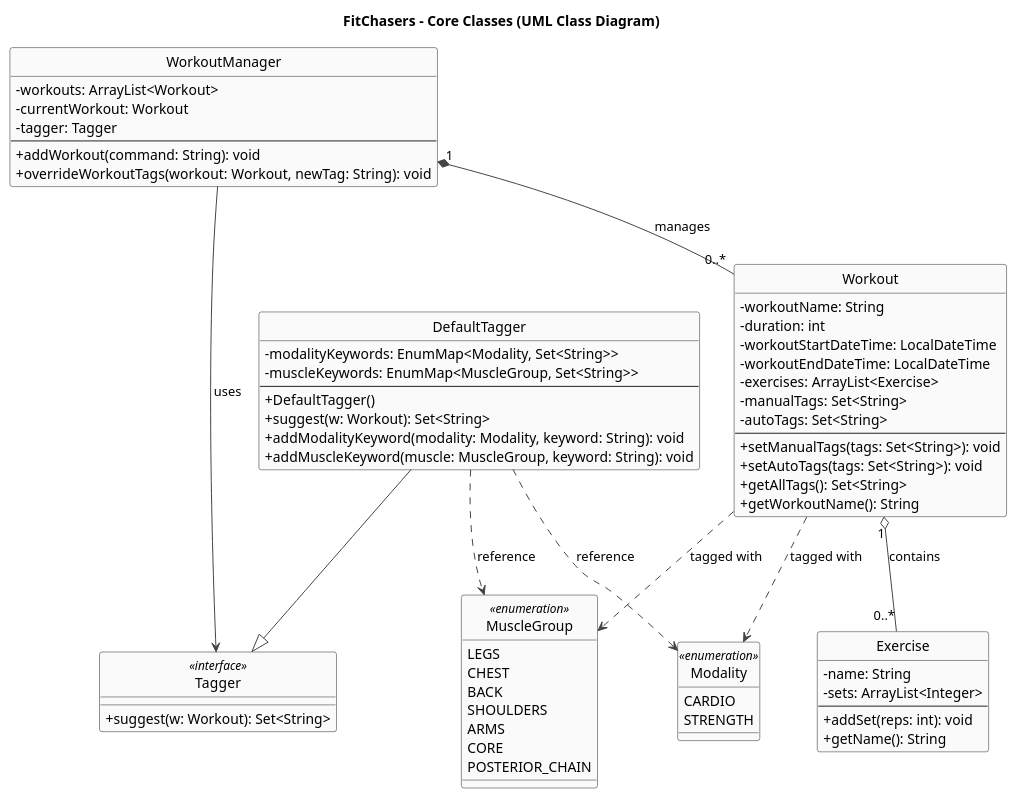
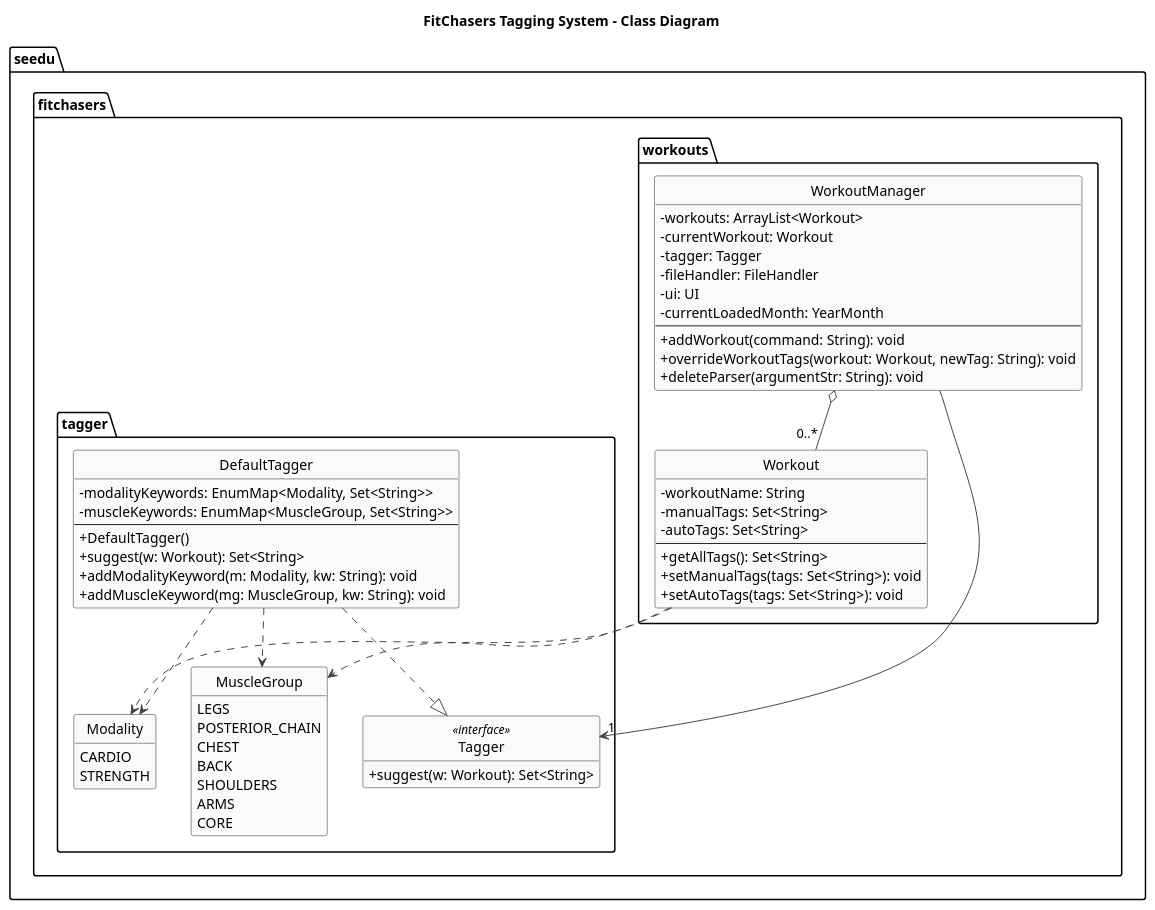
The diagram in docs/diagrams/Class_Diagram_for_tagging.puml (Exceptional-Khoi/tp), drawn with PlantUML before and after one commit. The commit also changed other lines of this file and 13 other files, not shown here.

Commit message:
Edit DG class diagrams

```diff
--- a/docs/diagrams/Class_Diagram_for_tagging.puml
+++ b/docs/diagrams/Class_Diagram_for_tagging.puml
@@ -1,86 +2,86 @@
 @startuml
-title FitChasers – Core Classes (UML Class Diagram)
+title FitChasers Tagging System - Class Diagram
 
 skinparam shadowing false
 skinparam classAttributeIconSize 0
 skinparam ArrowColor #444
 skinparam ClassBorderColor #222
 skinparam ClassBackgroundColor #FAFAFA
-skinparam NoteBackgroundColor #fff
-skinparam NoteBorderColor #aaa
 
+hide empty members
 hide circle
 
-' ===== Classes & Interfaces =====
-class WorkoutManager {
-  -workouts: ArrayList<Workout>
-  -currentWorkout: Workout
-  -tagger: Tagger
-  --
-  +addWorkout(command: String): void
-  +overrideWorkoutTags(workout: Workout, newTag: String): void
+' ==========================
+' PACKAGES
+' ==========================
+
+package "seedu.fitchasers.workouts" {
+  class WorkoutManager {
+    -workouts: ArrayList<Workout>
+    -currentWorkout: Workout
+    -tagger: Tagger
+    -fileHandler: FileHandler
+    -ui: UI
+    -currentLoadedMonth: YearMonth
+    --
+    +addWorkout(command: String): void
+    +overrideWorkoutTags(workout: Workout, newTag: String): void
+    +deleteParser(argumentStr: String): void
+  }
+
+  class Workout {
+    -workoutName: String
+    -manualTags: Set<String>
+    -autoTags: Set<String>
+    --
+    +getAllTags(): Set<String>
+    +setManualTags(tags: Set<String>): void
+    +setAutoTags(tags: Set<String>): void
+  }
+
+package "seedu.fitchasers.tagger" {
+  class Tagger <<interface>> {
+    +suggest(w: Workout): Set<String>
+  }
+
+  class DefaultTagger {
+    -modalityKeywords: EnumMap<Modality, Set<String>>
+    -muscleKeywords: EnumMap<MuscleGroup, Set<String>>
+    --
+    +DefaultTagger()
+    +suggest(w: Workout): Set<String>
+    +addModalityKeyword(m: Modality, kw: String): void
+    +addMuscleKeyword(mg: MuscleGroup, kw: String): void
+  }
+
+  enum Modality {
+    CARDIO
+    STRENGTH
+  }
+
+  enum MuscleGroup {
+    LEGS
+    POSTERIOR_CHAIN
+    CHEST
+    BACK
+    SHOULDERS
+    ARMS
+    CORE
+  }
 }
 
-class Tagger <<interface>> {
-  +suggest(w: Workout): Set<String>
-}
+' ==========================
+' RELATIONSHIPS
+' ==========================
 
-class DefaultTagger {
-  -modalityKeywords: EnumMap<Modality, Set<String>>
-  -muscleKeywords: EnumMap<MuscleGroup, Set<String>>
-  --
-  +DefaultTagger()
-  +suggest(w: Workout): Set<String>
-  +addModalityKeyword(modality: Modality, keyword: String): void
-  +addMuscleKeyword(muscle: MuscleGroup, keyword: String): void
-}
+WorkoutManager o-- "0..*" Workout
+WorkoutManager --> "1" Tagger
 
-class Workout {
-  -workoutName: String
-  -duration: int
-  -workoutStartDateTime: LocalDateTime
-  -workoutEndDateTime: LocalDateTime
-  -exercises: ArrayList<Exercise>
-  -manualTags: Set<String>
-  -autoTags: Set<String>
-  --
-  +setManualTags(tags: Set<String>): void
-  +setAutoTags(tags: Set<String>): void
-  +getAllTags(): Set<String>
-  +getWorkoutName(): String
-}
+DefaultTagger ..|> Tagger
 
-class Exercise {
-  -name: String
-  -sets: ArrayList<Integer>
-  --
-  +addSet(reps: int): void
-  +getName(): String
-}
-
-class Modality <<enumeration>> {
-  CARDIO
-  STRENGTH
-}
-
-class MuscleGroup <<enumeration>> {
-  LEGS
-  CHEST
-  BACK
-  SHOULDERS
-  ARMS
-  CORE
-  POSTERIOR_CHAIN
-}
-
-' ===== Relationships =====
-WorkoutManager "1" *-- "0..*" Workout : manages
-WorkoutManager --> Tagger : uses
-DefaultTagger --|> Tagger
-Workout "1" o-- "0..*" Exercise : contains
-Workout ..> Modality : tagged with
-Workout ..> MuscleGroup : tagged with
-DefaultTagger ..> Modality : reference
-DefaultTagger ..> MuscleGroup : reference
+Workout ..> Modality
+Workout ..> MuscleGroup
+DefaultTagger ..> Modality
+DefaultTagger ..> MuscleGroup
 
 @enduml
```
